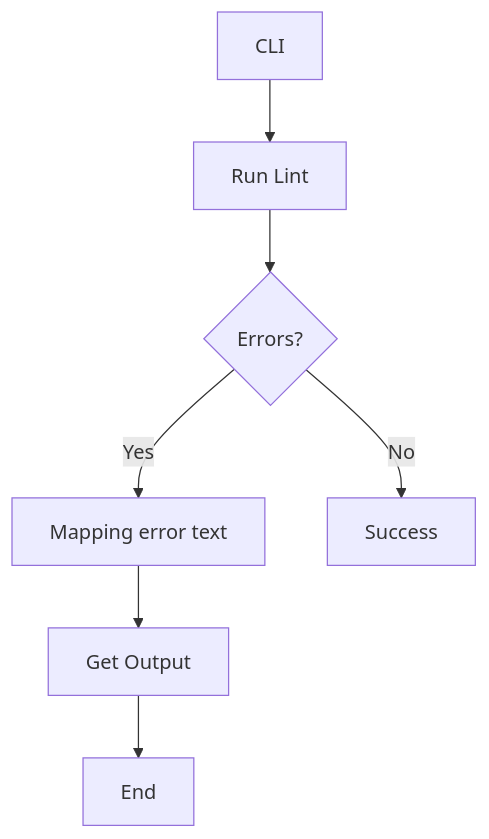
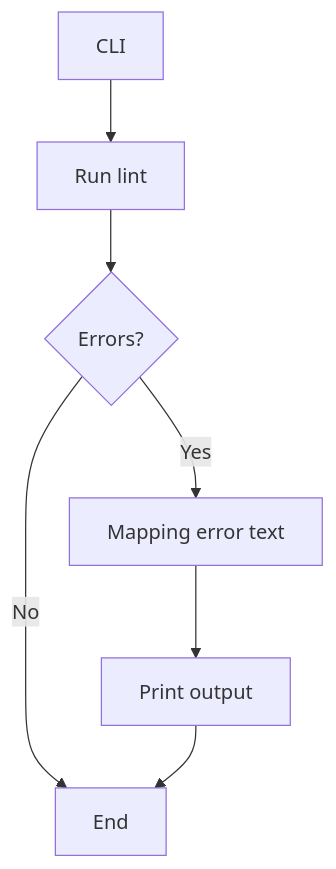
The second of 3 diagrams in src/content/blog/8-first-hackathon-experience.mdx (larb26656/luckytime1996-blog), drawn with Mermaid before and after one commit. The commit also changed other lines of this file and 27 other files, not shown here.

````diff
--- a/src/content/blog/8-first-hackathon-experience.mdx
+++ b/src/content/blog/8-first-hackathon-experience.mdx
@@ -185,9 +182,9 @@
 ```mermaid
 flowchart TD
-    A[CLI] --> B[Run Lint]
+    A[CLI] --> B[Run lint]
     B --> C{Errors?}
     C -->|Yes| D[Mapping error text]
-    C -->|No| E[Success]
-    D --> F[Get Output]
+    C -->|No| G[End]
+    D --> F[Print output]
     F --> G[End]
 ```
````
